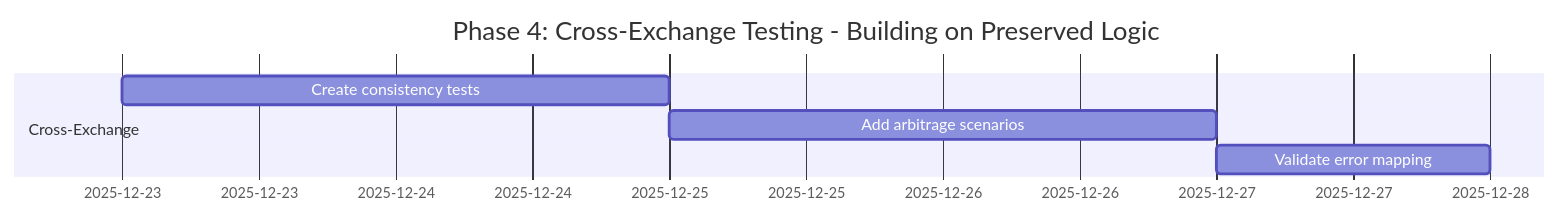
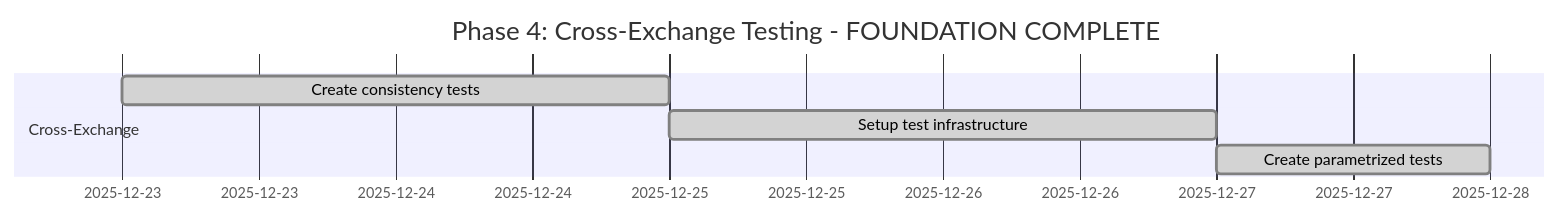
One commit to plataplomo/hummingbot changed the fourth of 4 diagrams in workflow/integration_tests_refactor_plan.md. Above: the diagram before and after it, drawn with Mermaid. The commit also changed other lines of this file and 101 other files, not shown here.

````diff
--- a/workflow/integration_tests_refactor_plan.md
+++ b/workflow/integration_tests_refactor_plan.md
@@ -510,9 +541,9 @@
 ```mermaid
 gantt
-    title Phase 4: Cross-Exchange Testing - Building on Preserved Logic
+    title Phase 4: Cross-Exchange Testing - FOUNDATION COMPLETE
     dateFormat  YYYY-MM-DD
     section Cross-Exchange
-    Create consistency tests   :2025-12-23, 2d
-    Add arbitrage scenarios   :2025-12-25, 2d
-    Validate error mapping    :2025-12-27, 1d
+    Create consistency tests   :done, 2025-12-23, 2d
+    Setup test infrastructure :done, 2025-12-25, 2d
+    Create parametrized tests :done, 2025-12-27, 1d
 ```
````
